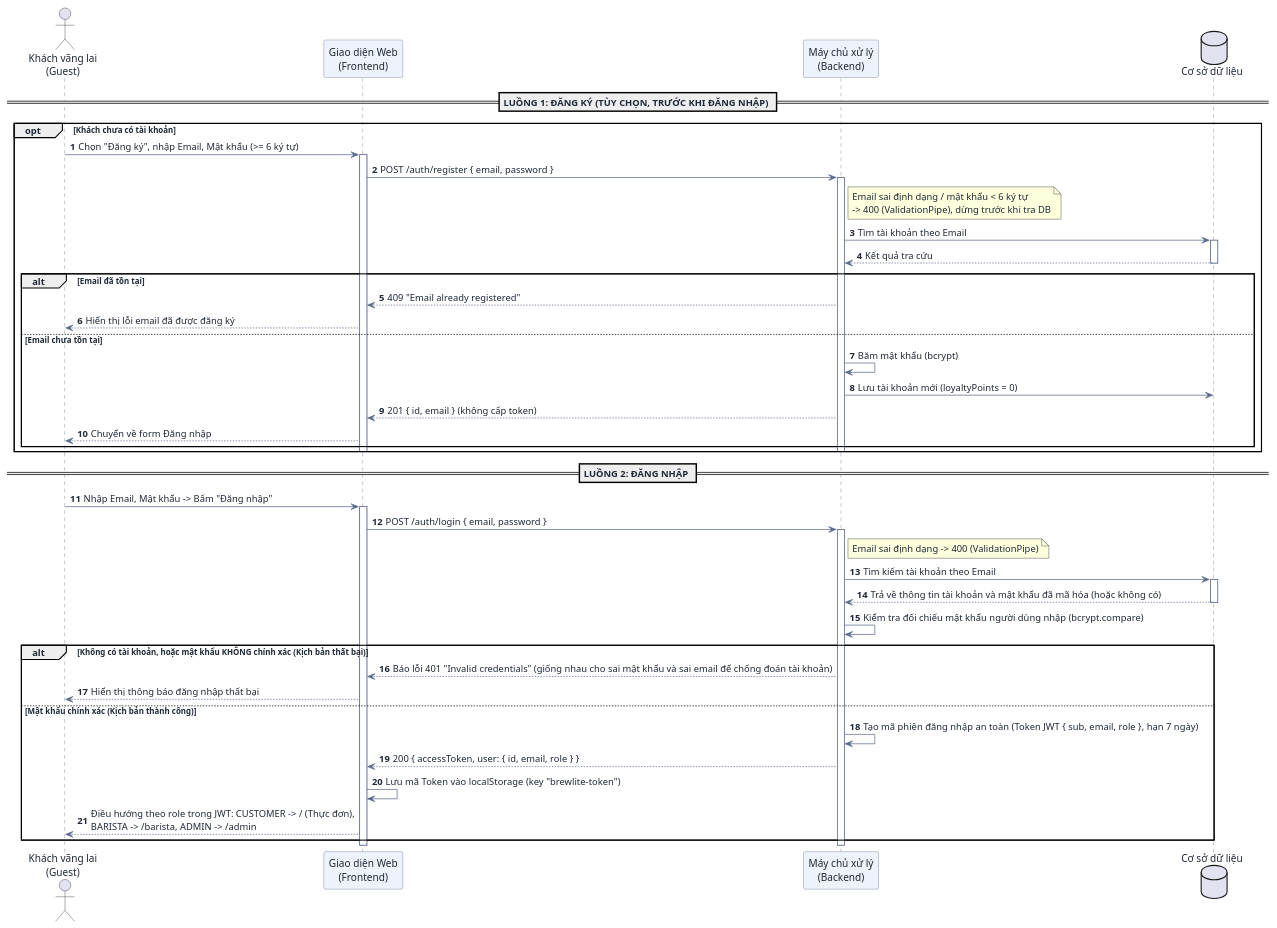
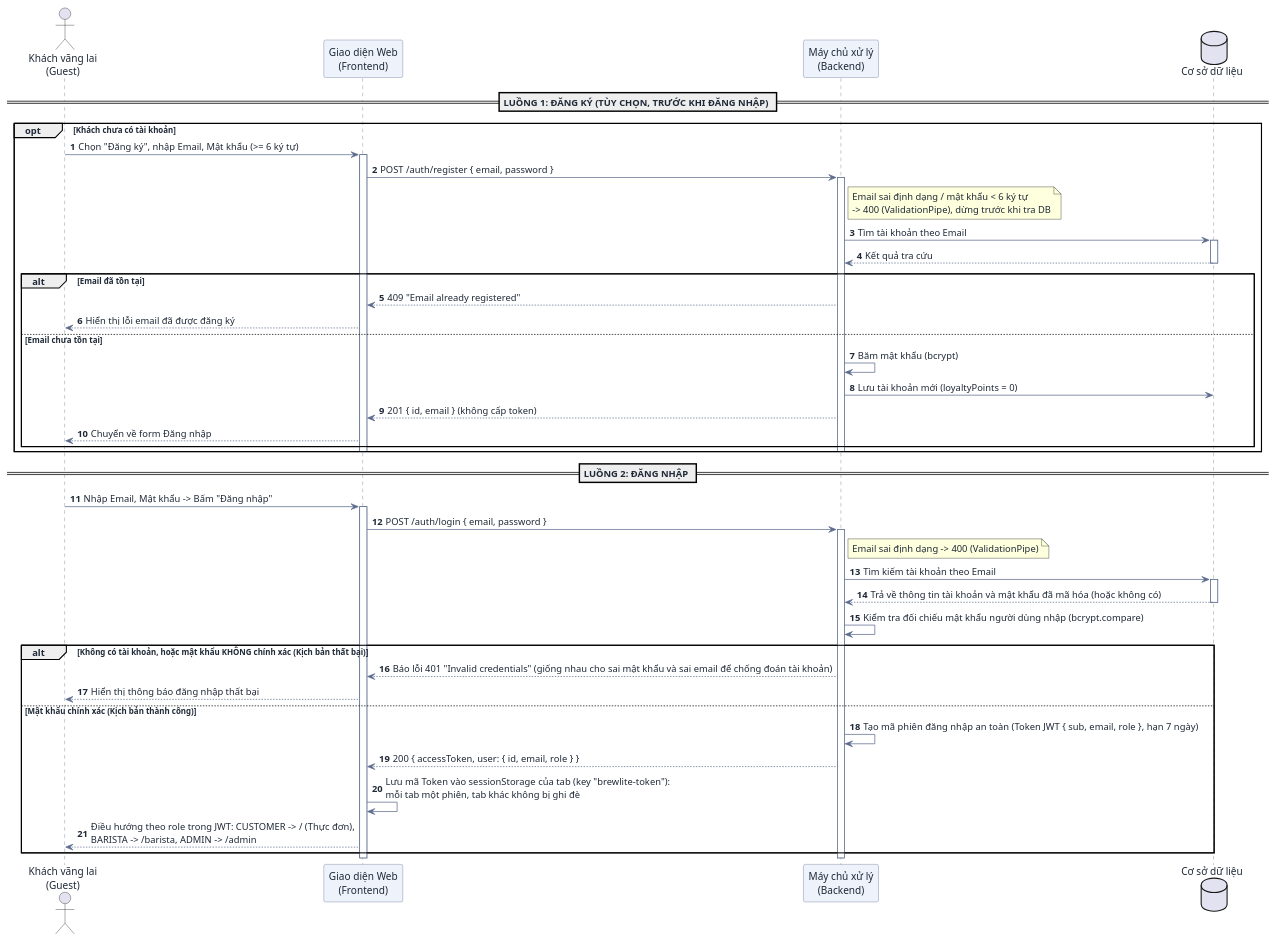
The third of 9 diagrams in docs/user-sequence-specifications.md (DuVinhLoi/BrewLite), drawn with PlantUML before and after one commit. The commit also changed other lines of this file and 7 other files, not shown here.

First line of the commit message:
fix(frontend): moi tab mot phien dang nhap (token o sessionStorage)

````diff
--- a/docs/user-sequence-specifications.md
+++ b/docs/user-sequence-specifications.md
@@ -225,65 +225,65 @@
 ```plantuml
 @startuml
 skinparam DefaultFontColor #1f2937
 skinparam ArrowColor #5b6b8c
 skinparam SequenceParticipantBackgroundColor #eef2fb
 skinparam SequenceParticipantBorderColor #5b6b8c
 skinparam SequenceLifeLineBorderColor #5b6b8c
 
 autonumber
 actor "Khách vãng lai\n(Guest)" as User
 participant "Giao diện Web\n(Frontend)" as FE
 participant "Máy chủ xử lý\n(Backend)" as BE
 database "Cơ sở dữ liệu" as DB
 
 == LUỒNG 1: ĐĂNG KÝ (TÙY CHỌN, TRƯỚC KHI ĐĂNG NHẬP) ==
 opt Khách chưa có tài khoản
     User -> FE : Chọn "Đăng ký", nhập Email, Mật khẩu (>= 6 ký tự)
     activate FE
     FE -> BE : POST /auth/register { email, password }
     activate BE
     note right of BE : Email sai định dạng / mật khẩu < 6 ký tự\n-> 400 (ValidationPipe), dừng trước khi tra DB
     BE -> DB : Tìm tài khoản theo Email
     activate DB
     DB --> BE : Kết quả tra cứu
     deactivate DB
     alt Email đã tồn tại
         BE --> FE : 409 "Email already registered"
         FE --> User : Hiển thị lỗi email đã được đăng ký
     else Email chưa tồn tại
         BE -> BE : Băm mật khẩu (bcrypt)
         BE -> DB : Lưu tài khoản mới (loyaltyPoints = 0)
         BE --> FE : 201 { id, email } (không cấp token)
         FE --> User : Chuyển về form Đăng nhập
     end
     deactivate BE
     deactivate FE
 end
 
 == LUỒNG 2: ĐĂNG NHẬP ==
 User -> FE : Nhập Email, Mật khẩu -> Bấm "Đăng nhập"
 activate FE
 FE -> BE : POST /auth/login { email, password }
 activate BE
 note right of BE : Email sai định dạng -> 400 (ValidationPipe)
 
 BE -> DB : Tìm kiếm tài khoản theo Email
 activate DB
 DB --> BE : Trả về thông tin tài khoản và mật khẩu đã mã hóa (hoặc không có)
 deactivate DB
 
 BE -> BE : Kiểm tra đối chiếu mật khẩu người dùng nhập (bcrypt.compare)
 
 alt Không có tài khoản, hoặc mật khẩu KHÔNG chính xác (Kịch bản thất bại)
     BE --> FE : Báo lỗi 401 "Invalid credentials" (giống nhau cho sai mật khẩu và sai email để chống đoán tài khoản)
     FE --> User : Hiển thị thông báo đăng nhập thất bại
 else Mật khẩu chính xác (Kịch bản thành công)
     BE -> BE : Tạo mã phiên đăng nhập an toàn (Token JWT { sub, email, role }, hạn 7 ngày)
     BE --> FE : 200 { accessToken, user: { id, email, role } }
-    FE -> FE : Lưu mã Token vào localStorage (key "brewlite-token")
+    FE -> FE : Lưu mã Token vào sessionStorage của tab (key "brewlite-token"):\nmỗi tab một phiên, tab khác không bị ghi đè
     FE --> User : Điều hướng theo role trong JWT: CUSTOMER -> / (Thực đơn),\nBARISTA -> /barista, ADMIN -> /admin
 end
 deactivate BE
 deactivate FE
 @enduml
 ```
````
